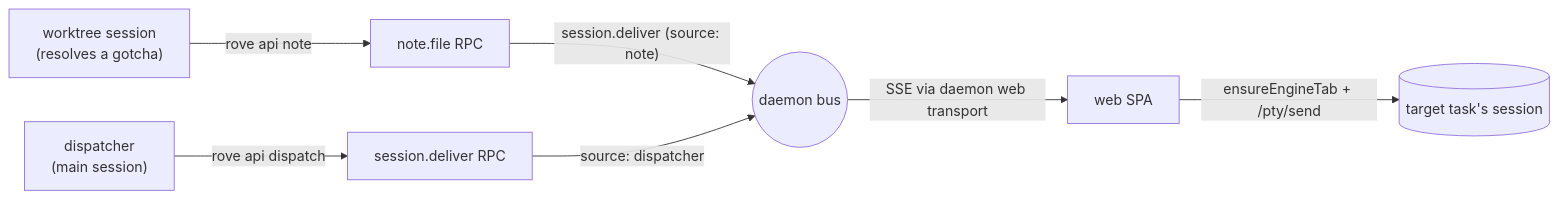
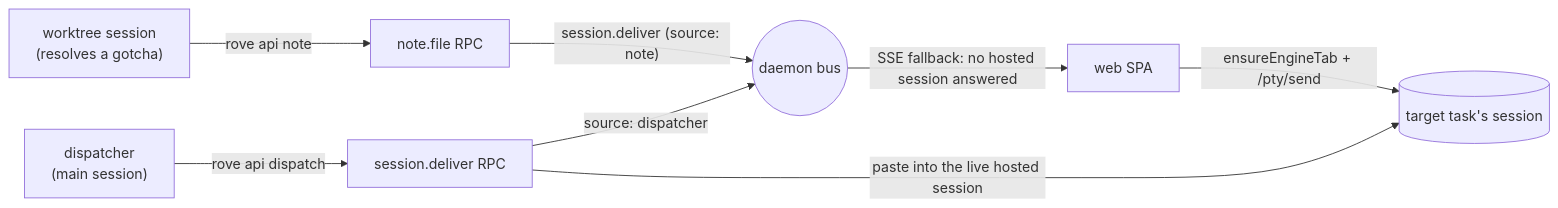
The first of 2 diagrams in docs/design/dispatcher.md (Sma1lboy/rove), drawn with Mermaid before and after one commit. The commit also changed other lines of this file and 6 other files, not shown here.

````diff
--- a/docs/design/dispatcher.md
+++ b/docs/design/dispatcher.md
@@ -16,9 +16,10 @@
 ```mermaid
 flowchart LR
   W["worktree session\n(resolves a gotcha)"] -- "rove api note" --> RPC[note.file RPC]
   RPC -- "session.deliver (source: note)" --> Bus((daemon bus))
   D["dispatcher\n(main session)"] -- "rove api dispatch" --> RPC2[session.deliver RPC]
   RPC2 -- "source: dispatcher" --> Bus
-  Bus -- SSE via daemon web transport --> SPA[web SPA]
-  SPA -- "ensureEngineTab + /pty/send" --> S[(target task's session)]
+  RPC2 -- "paste into the live hosted session" --> S[(target task's session)]
+  Bus -- "SSE fallback: no hosted session answered" --> SPA[web SPA]
+  SPA -- "ensureEngineTab + /pty/send" --> S
 ```
````
